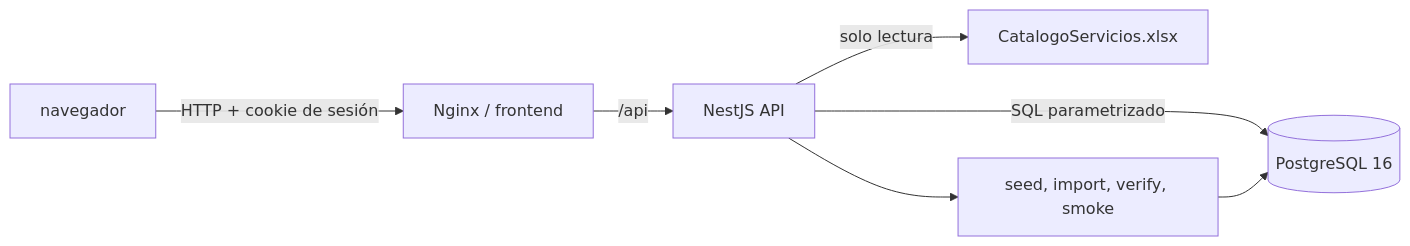
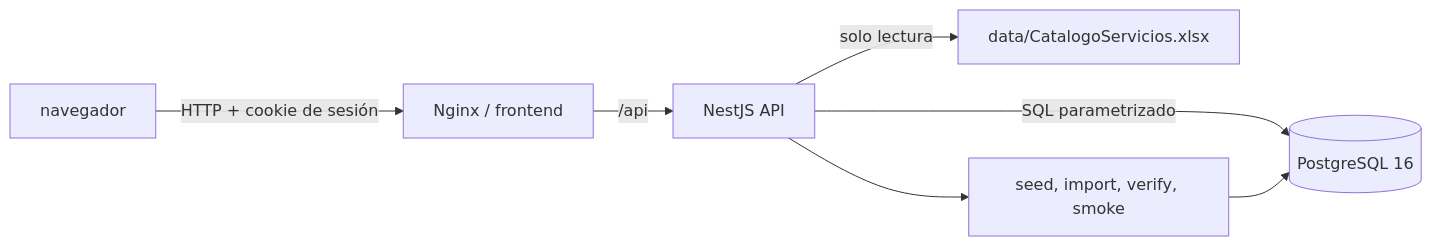
One commit to DavidVelasquez77/parcial-catalogo-servicios-202307705 changed the first of 2 diagrams in docs/RESOLUCION.md. Above: the diagram before and after it, drawn with Mermaid. The commit also changed other lines of this file and 21 other files, not shown here.

```diff
--- a/docs/RESOLUCION.md
+++ b/docs/RESOLUCION.md
@@ -69,9 +69,9 @@
 ~~~mermaid
 flowchart LR
     B[ navegador ] -->|HTTP + cookie de sesión| W[Nginx / frontend]
     W -->|/api| A[NestJS API]
     A -->|SQL parametrizado| D[(PostgreSQL 16)]
-    A -->|solo lectura| X[CatalogoServicios.xlsx]
+    A -->|solo lectura| X[data/CatalogoServicios.xlsx]
     A --> V[seed, import, verify, smoke]
     V --> D
 ~~~
```
